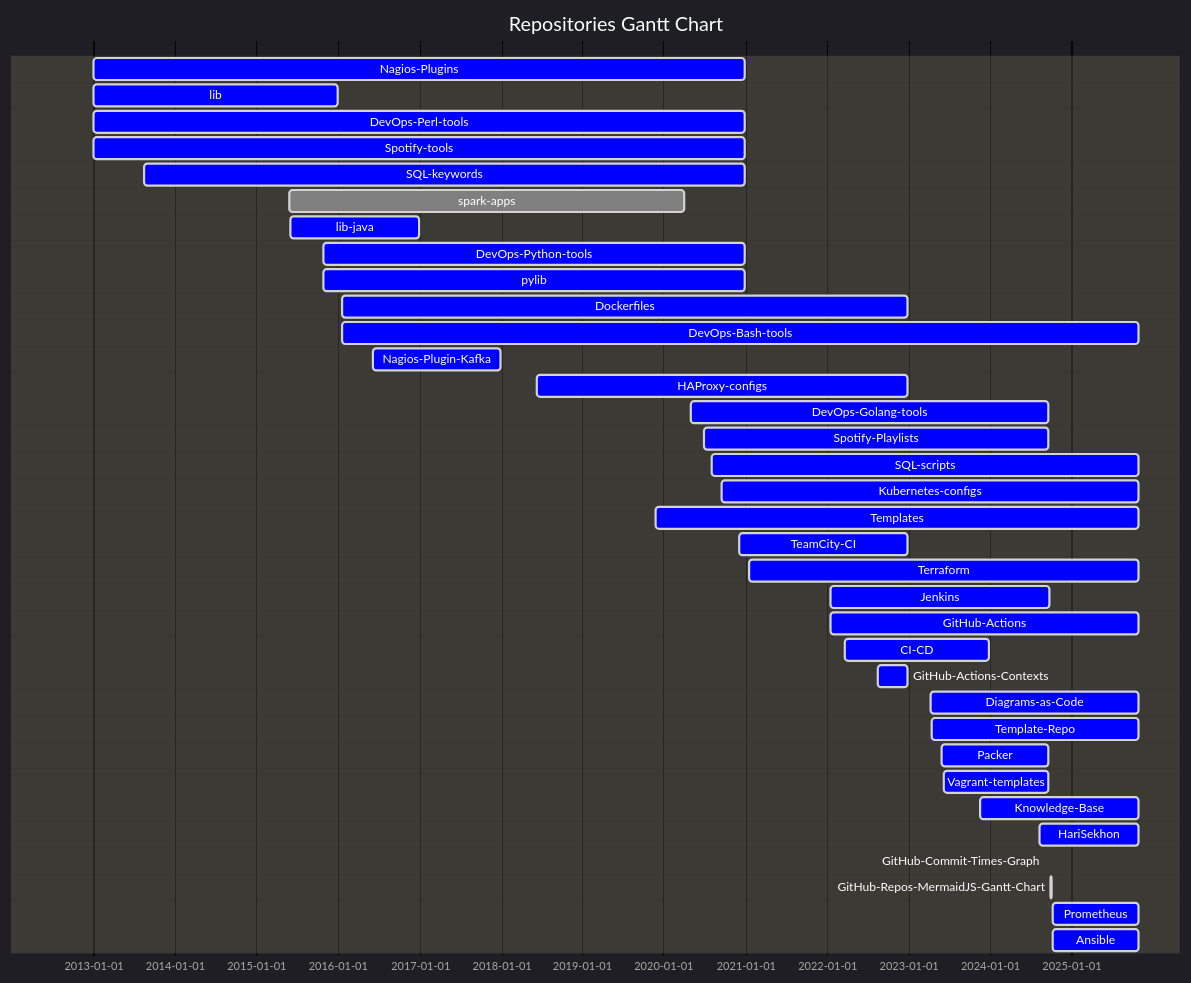
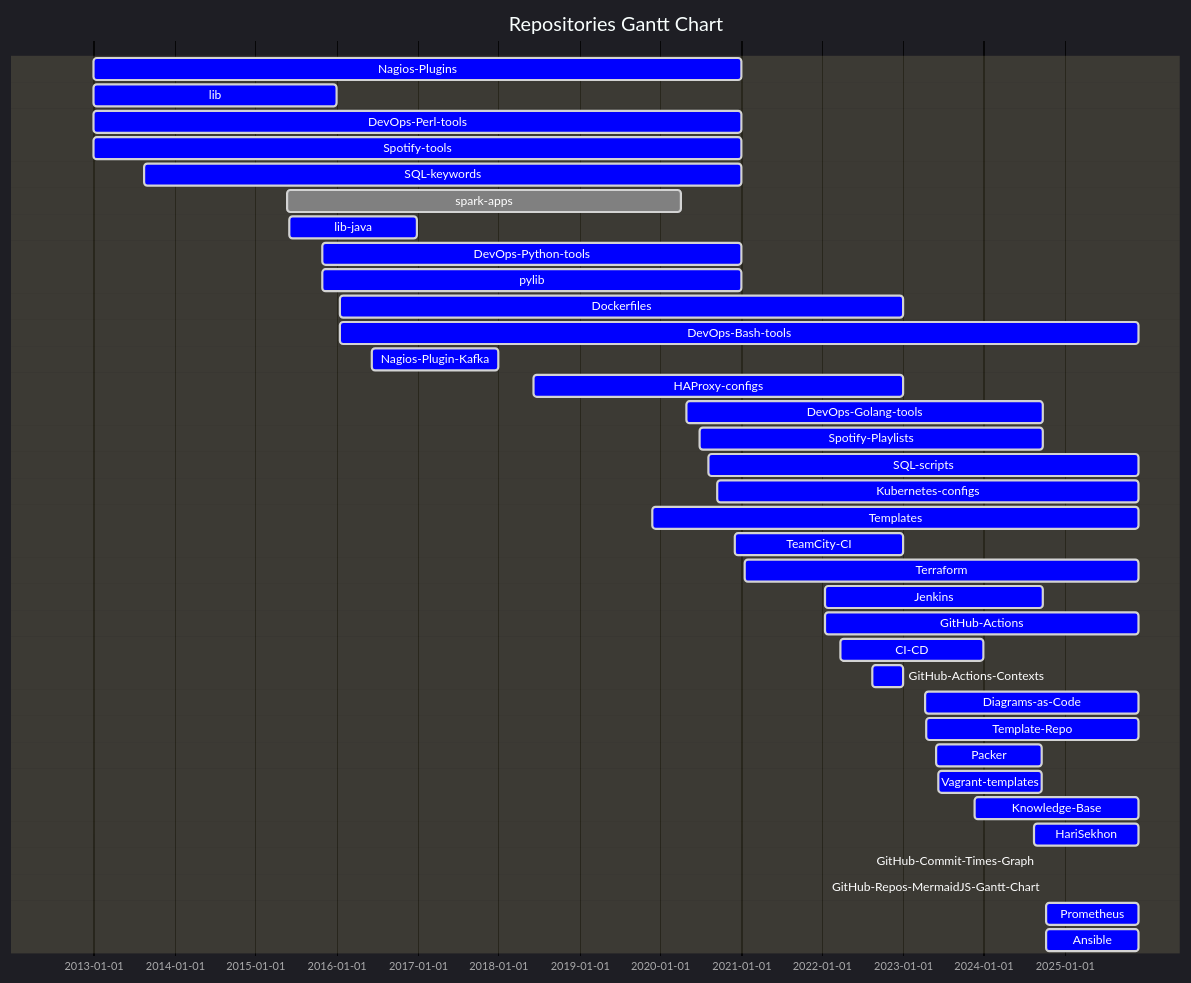
Before and after one commit to HariSekhon/HariSekhon: the first of 2 diagrams in README.md, drawn with Mermaid. The commit also changed other lines of this file, not shown here.

````diff
--- a/README.md
+++ b/README.md
@@ -1253,58 +1253,58 @@
 ```mermaid
 %%{ init: {
         "topAxis": true,
         "logLevel": "debug",
         'theme': 'dark',
         'themeVariables': {
           'activeTaskBkgColor': '#0000ff',
           'activeTaskBorderColor': 'lightgrey',
           'critBorderColor': 'lightgrey',
           'doneTaskBkgColor': 'grey',
           'doneTaskBorderColor': 'lightgrey',
           'taskBkgColor': 'black',
           'taskBorderColor': 'black',
           'taskTextColor': 'white',
           'taskTextDarkColor': 'white',
           'taskTextLightColor': 'black',
           'todayLineColor': 'red'
         }
     }
 }%%
 gantt
     dateFormat  YYYY-MM-DD
     title Repositories Gantt Chart
     Nagios-Plugins : active, 2012-12-30, 2020-12-31
     lib : active, 2012-12-30, 2015-12-31
     DevOps-Perl-tools : active, 2012-12-30, 2020-12-31
     Spotify-tools : active, 2012-12-30, 2020-12-31
     SQL-keywords : active, 2013-08-13, 2020-12-31
     spark-apps : done, 2015-05-25, 2020-04-02
     lib-java : active, 2015-05-31, 2016-12-31
     DevOps-Python-tools : active, 2015-10-27, 2020-12-31
     pylib : active, 2015-10-27, 2020-12-31
     Dockerfiles : active, 2016-01-17, 2022-12-31
-    DevOps-Bash-tools : active, 2016-01-17, 2025-10-30
+    DevOps-Bash-tools : active, 2016-01-17, 2025-11-30
     Nagios-Plugin-Kafka : active, 2016-06-07, 2017-12-31
     HAProxy-configs : active, 2018-06-08, 2022-12-31
     DevOps-Golang-tools : active, 2020-04-30, 2024-09-22
     Spotify-Playlists : active, 2020-06-29, 2024-09-22
-    SQL-scripts : active, 2020-08-05, 2025-10-30
-    Kubernetes-configs : active, 2020-09-16, 2025-10-30
-    Templates : active, 2019-11-25, 2025-10-30
+    SQL-scripts : active, 2020-08-05, 2025-11-30
+    Kubernetes-configs : active, 2020-09-16, 2025-11-30
+    Templates : active, 2019-11-25, 2025-11-30
     TeamCity-CI : active, 2020-12-03, 2022-12-31
-    Terraform : active, 2021-01-18, 2025-10-30
+    Terraform : active, 2021-01-18, 2025-11-30
     Jenkins : active, 2022-01-17, 2024-09-23
-    GitHub-Actions : active, 2022-01-17, 2025-10-30
+    GitHub-Actions : active, 2022-01-17, 2025-11-30
     CI-CD : active, 2022-03-25, 2023-12-31
     GitHub-Actions-Contexts : active, 2022-08-17, 2022-12-31
-    Diagrams-as-Code : active, 2023-04-14, 2025-10-30
-    Template-Repo : active, 2023-04-15, 2025-10-30
+    Diagrams-as-Code : active, 2023-04-14, 2025-11-30
+    Template-Repo : active, 2023-04-15, 2025-11-30
     Packer : active, 2023-06-02, 2024-09-21
     Vagrant-templates : active, 2023-06-12, 2024-09-21
-    Knowledge-Base : active, 2023-11-22, 2025-10-30
-    HariSekhon : active, 2024-08-14, 2025-10-30
+    Knowledge-Base : active, 2023-11-22, 2025-11-30
+    HariSekhon : active, 2024-08-14, 2025-11-30
     GitHub-Commit-Times-Graph : active, 2024-09-07, 2024-09-08
     GitHub-Repos-MermaidJS-Gantt-Chart : active, 2024-10-02, 2024-10-03
-    Prometheus : active, 2024-10-08, 2025-10-30
-    Ansible : active, 2024-10-08, 2025-10-30
+    Prometheus : active, 2024-10-08, 2025-11-30
+    Ansible : active, 2024-10-08, 2025-11-30
 ```
````
